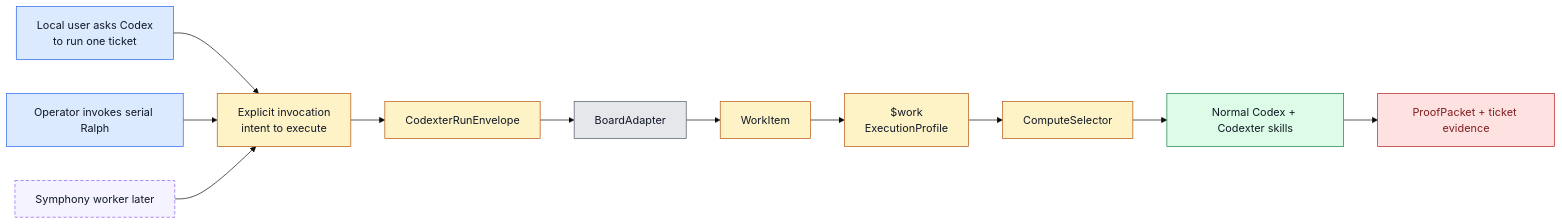
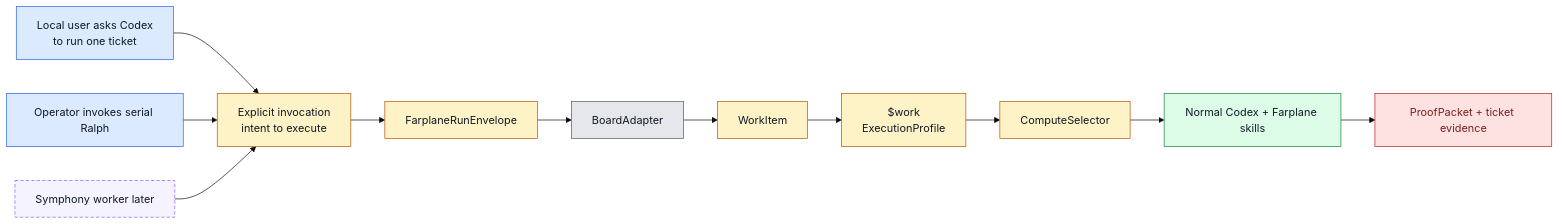
The first of 4 diagrams in docs/specs/board-compute-orchestration.md (ZanarkandTechnologies/Farplane), drawn with Mermaid (base theme) before and after one commit. The commit also changed other lines of this file and 1336 other files, not shown here.

````diff
--- a/docs/specs/board-compute-orchestration.md
+++ b/docs/specs/board-compute-orchestration.md
@@ -107,20 +107,20 @@
 ```mermaid
 flowchart LR
   classDef local fill:#dbeafe,stroke:#2563eb,color:#111827
   classDef board fill:#e5e7eb,stroke:#4b5563,color:#111827
   classDef policy fill:#fef3c7,stroke:#b45309,color:#111827
   classDef compute fill:#dcfce7,stroke:#15803d,color:#111827
   classDef proof fill:#fee2e2,stroke:#b91c1c,color:#7f1d1d
   classDef future fill:#f5f3ff,stroke:#8b5cf6,color:#111827,stroke-dasharray: 5 3
 
   User["Local user asks Codex<br/>to run one ticket"]:::local --> Invoke["Explicit invocation<br/>intent to execute"]:::policy
   Ralph["Operator invokes serial Ralph"]:::local --> Invoke
   Symphony["Symphony worker later"]:::future --> Invoke
-  Invoke --> Envelope["CodexterRunEnvelope"]:::policy
+  Invoke --> Envelope["FarplaneRunEnvelope"]:::policy
   Envelope --> Adapter["BoardAdapter"]:::board
   Adapter --> Item["WorkItem"]:::policy
   Item --> Work["$work<br/>ExecutionProfile"]:::policy
   Work --> Selector["ComputeSelector"]:::policy
-  Selector --> Codex["Normal Codex + Codexter skills"]:::compute
+  Selector --> Codex["Normal Codex + Farplane skills"]:::compute
   Codex --> Proof["ProofPacket + ticket evidence"]:::proof
 ```
````
